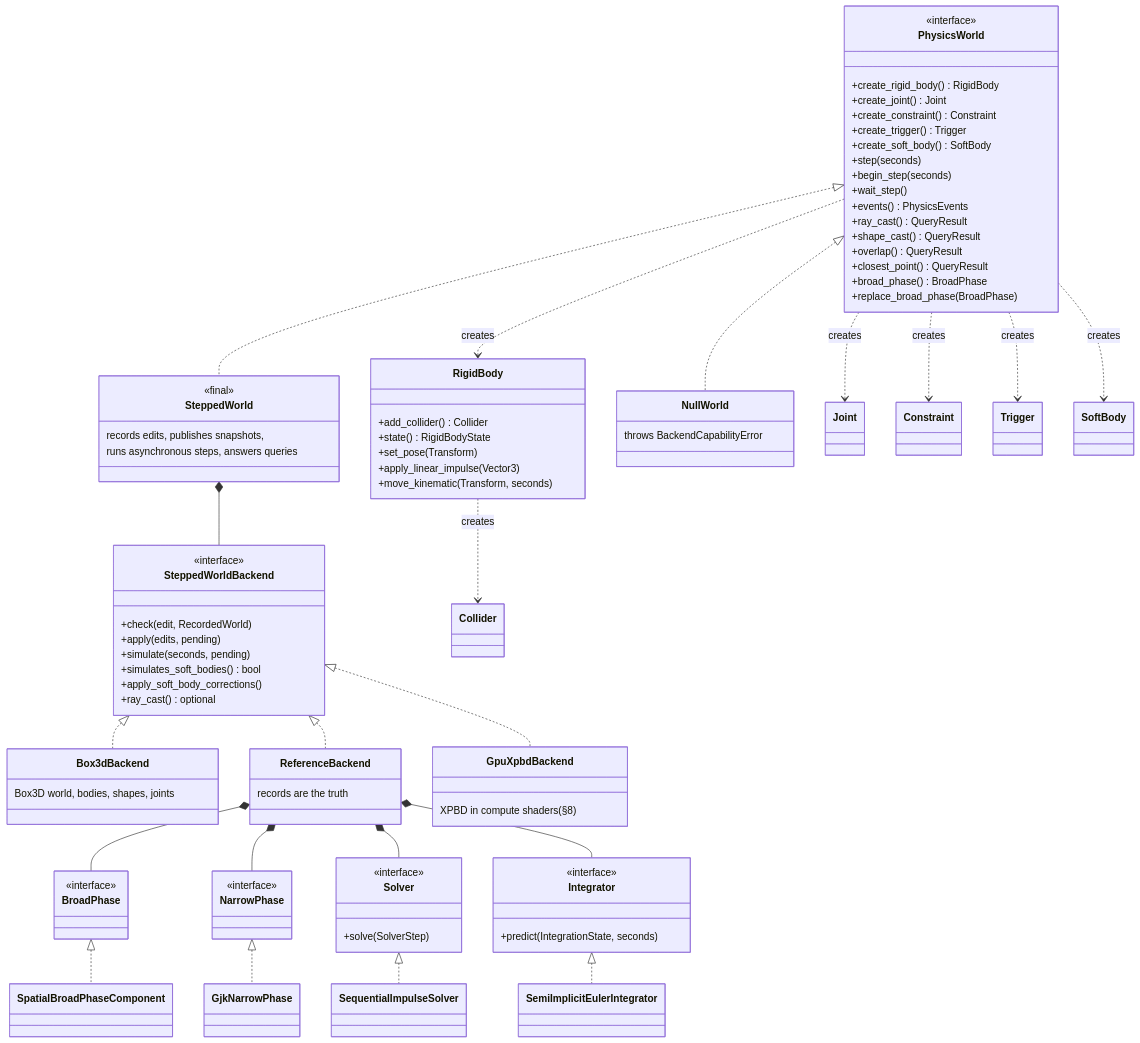
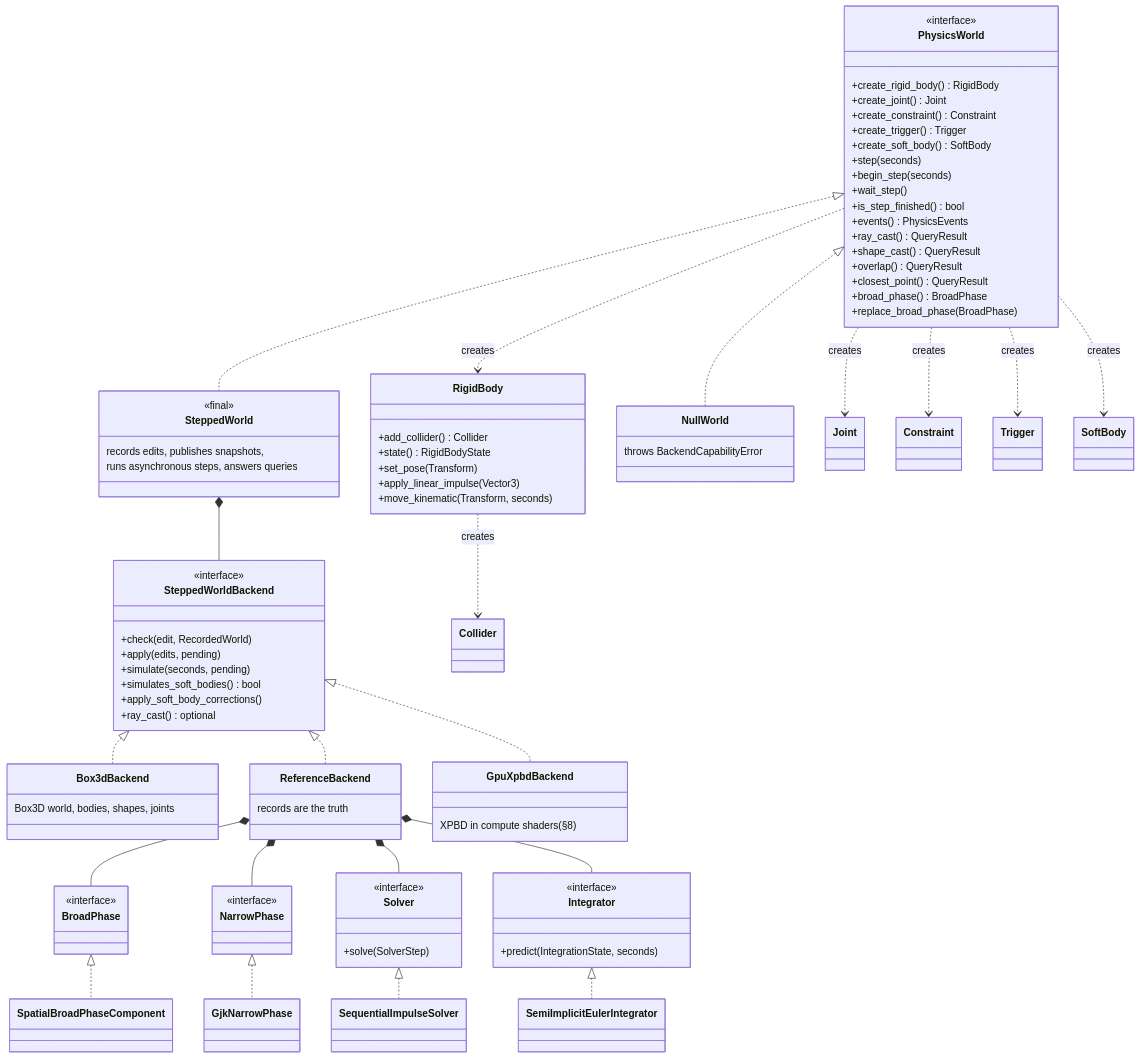
Diagram 23 of 41 in docs/architecture.md (bueno-mhc/gfx), drawn with Mermaid before and after one commit. The commit also changed other lines of this file and 23 other files, not shown here.

```diff
--- a/docs/architecture.md
+++ b/docs/architecture.md
@@ -967,6 +967,7 @@
         +step(seconds)
         +begin_step(seconds)
         +wait_step()
+        +is_step_finished() bool
         +events() PhysicsEvents
         +ray_cast() QueryResult
         +shape_cast() QueryResult
```
